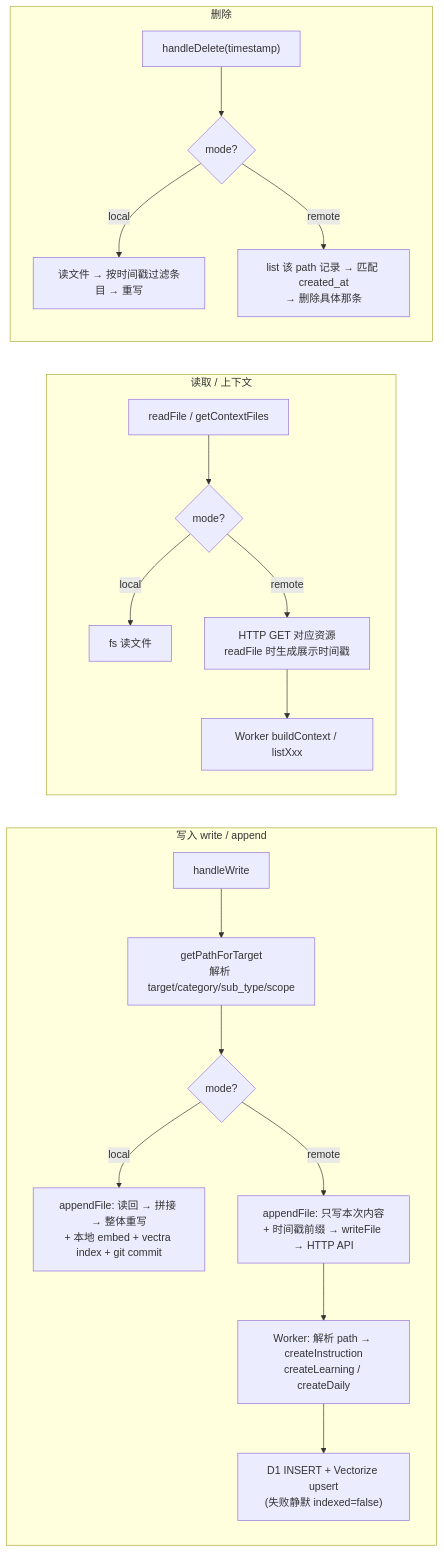
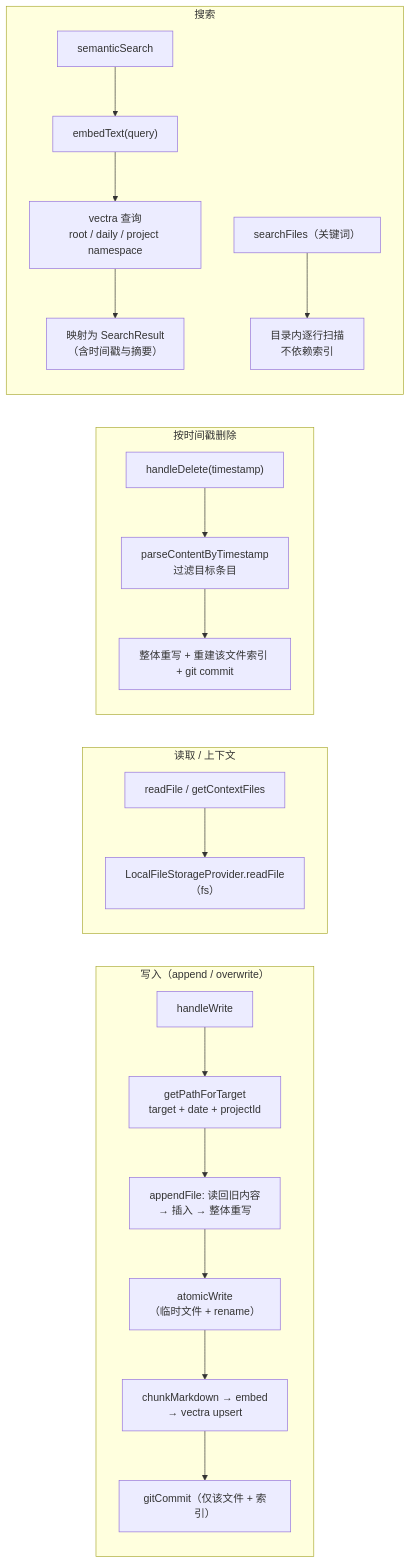
The fifth of 5 diagrams in docs/dev/architecture-flow.md (devcxl/opencode-memory), drawn with Mermaid before and after one commit. The commit also changed other lines of this file and 6 other files, not shown here.

````diff
--- a/docs/dev/architecture-flow.md
+++ b/docs/dev/architecture-flow.md
@@ -141,24 +166,26 @@
 ```mermaid
 flowchart LR
-    subgraph Write["写入 write / append"]
-        W1["handleWrite"] --> W2["getPathForTarget<br/>解析 target/category/sub_type/scope"]
-        W2 --> W3{"mode?"}
-        W3 -->|local| W4["appendFile: 读回 → 拼接 → 整体重写<br/>+ 本地 embed + vectra index + git commit"]
-        W3 -->|remote| W5["appendFile: 只写本次内容<br/>+ 时间戳前缀 → writeFile → HTTP API"]
-        W5 --> W6["Worker: 解析 path → createInstruction<br/>createLearning / createDaily"]
-        W6 --> W7["D1 INSERT + Vectorize upsert<br/>(失败静默 indexed=false)"]
+    subgraph Write["写入（append / overwrite）"]
+        W1["handleWrite"] --> W2["getPathForTarget<br/>target + date + projectId"]
+        W2 --> W3["appendFile: 读回旧内容<br/>→ 插入 <!-- 时间戳 --> → 整体重写"]
+        W3 --> W4["atomicWrite<br/>（临时文件 + rename）"]
+        W4 --> W5["chunkMarkdown → embed<br/>→ vectra upsert"]
+        W5 --> W6["gitCommit（仅该文件 + 索引）"]
     end
 
     subgraph Read["读取 / 上下文"]
-        R1["readFile / getContextFiles"] --> R2{"mode?"}
-        R2 -->|local| R3["fs 读文件"]
-        R2 -->|remote| R4["HTTP GET 对应资源<br/>readFile 时生成展示时间戳"]
-        R4 --> R5["Worker buildContext / listXxx"]
+        R1["readFile / getContextFiles"] --> R2["LocalFileStorageProvider.readFile<br/>（fs）"]
     end
 
-    subgraph Delete["删除"]
-        D1["handleDelete(timestamp)"] --> D2{"mode?"}
-        D2 -->|local| D3["读文件 → 按时间戳过滤条目 → 重写"]
-        D2 -->|remote| D4["list 该 path 记录 → 匹配 created_at<br/>→ 删除具体那条"]
+    subgraph Delete["按时间戳删除"]
+        D1["handleDelete(timestamp)"] --> D2["parseContentByTimestamp<br/>过滤目标条目"]
+        D2 --> D3["整体重写 + 重建该文件索引 + git commit"]
+    end
+
+    subgraph Search["搜索"]
+        S1["semanticSearch"] --> S2["embedText(query)"]
+        S2 --> S3["vectra 查询<br/>root / daily / project namespace"]
+        S3 --> S4["映射为 SearchResult<br/>（含时间戳与摘要）"]
+        S5["searchFiles（关键词）"] --> S6["目录内逐行扫描<br/>不依赖索引"]
     end
 ```
````
